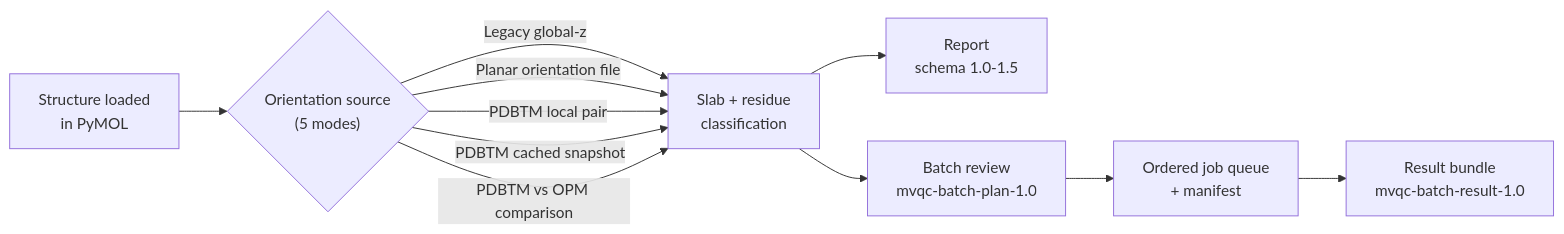
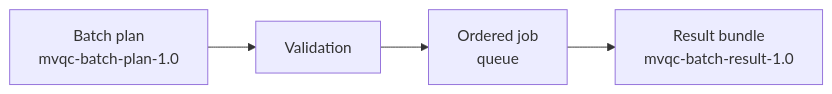
Before and after one commit to TrPavel/membrane-visual-qc: the second of 2 diagrams in README.md, drawn with Mermaid. The commit also changed other lines of this file and 17 other files, not shown here.

````diff
--- a/README.md
+++ b/README.md
@@ -49,13 +150,6 @@
 ```mermaid
 flowchart LR
-    A["Structure loaded<br/>in PyMOL"] --> B{"Orientation source<br/>(5 modes)"}
-    B -->|"Legacy global-z"| C["Slab + residue<br/>classification"]
-    B -->|"Planar orientation file"| C
-    B -->|"PDBTM local pair"| C
-    B -->|"PDBTM cached snapshot"| C
-    B -->|"PDBTM vs OPM comparison"| C
-    C --> D["Report<br/>schema 1.0-1.5"]
-    C --> E["Batch review<br/>mvqc-batch-plan-1.0"]
-    E --> F["Ordered job queue<br/>+ manifest"]
-    F --> G["Result bundle<br/>mvqc-batch-result-1.0"]
+    A["Batch plan<br/>mvqc-batch-plan-1.0"] --> B["Validation"]
+    B --> C["Ordered job<br/>queue"]
+    C --> D["Result bundle<br/>mvqc-batch-result-1.0"]
 ```
````
